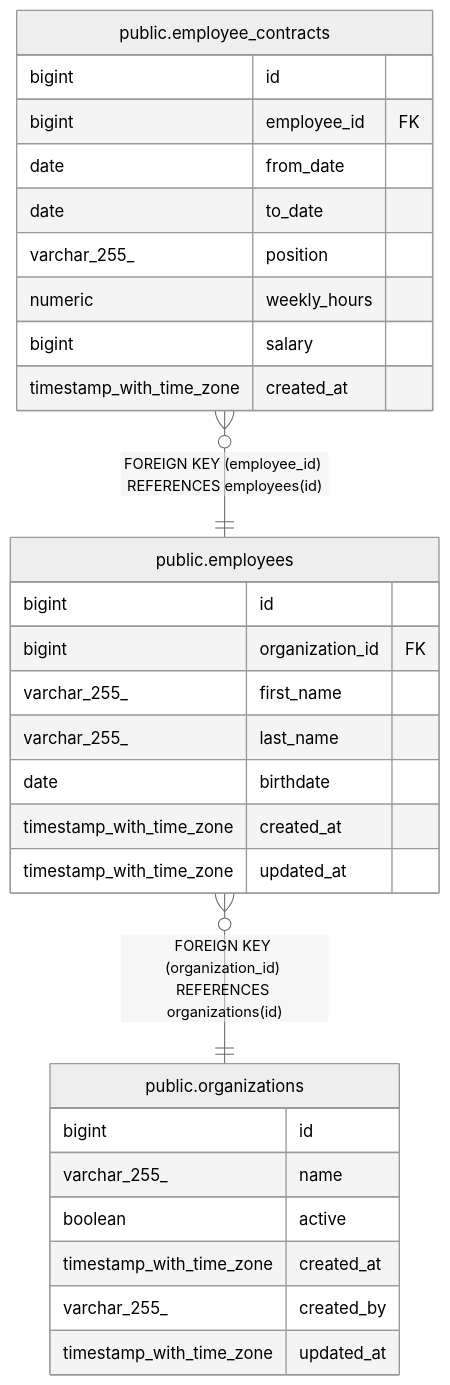
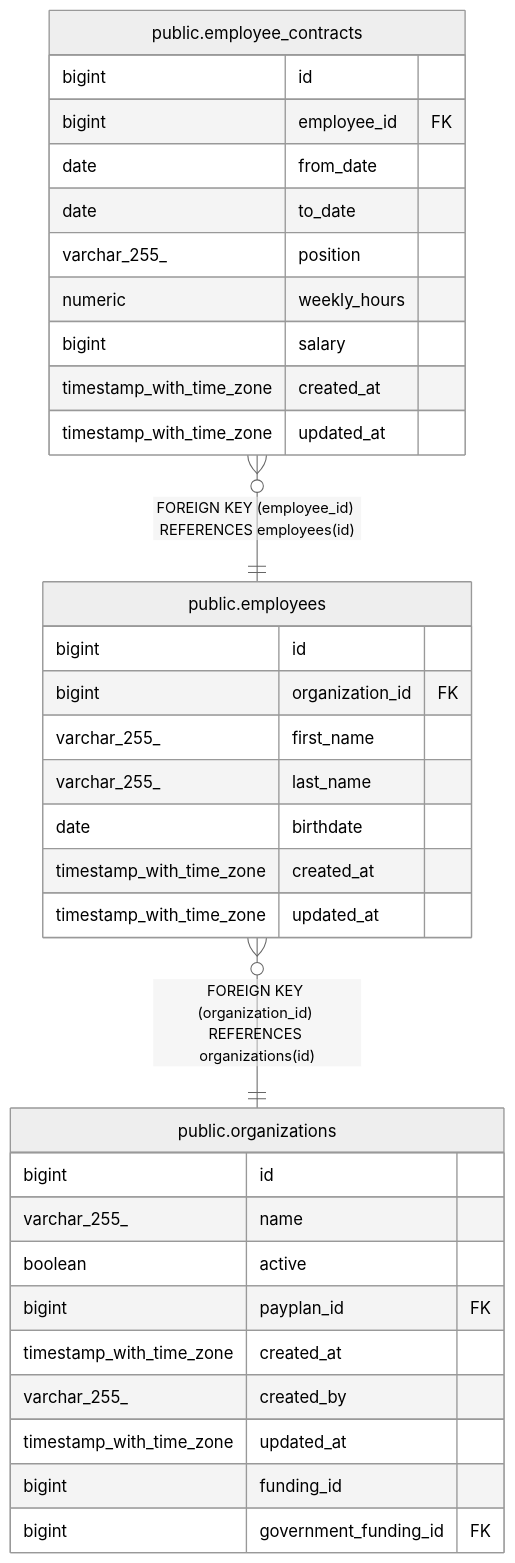
The diagram in docs/schema/public.employee_contracts.md (toabctl/kitamanager-go), drawn with Mermaid (neutral theme) before and after one commit. The commit also changed other lines of this file and 41 other files, not shown here.

````diff
--- a/docs/schema/public.employee_contracts.md
+++ b/docs/schema/public.employee_contracts.md
@@ -37,34 +38,38 @@
 ```mermaid
 erDiagram
 
 "public.employee_contracts" }o--|| "public.employees" : "FOREIGN KEY (employee_id) REFERENCES employees(id)"
 "public.employees" }o--|| "public.organizations" : "FOREIGN KEY (organization_id) REFERENCES organizations(id)"
 
 "public.employee_contracts" {
   bigint id
   bigint employee_id FK
   date from_date
   date to_date
   varchar_255_ position
   numeric weekly_hours
   bigint salary
   timestamp_with_time_zone created_at
+  timestamp_with_time_zone updated_at
 }
 "public.employees" {
   bigint id
   bigint organization_id FK
   varchar_255_ first_name
   varchar_255_ last_name
   date birthdate
   timestamp_with_time_zone created_at
   timestamp_with_time_zone updated_at
 }
 "public.organizations" {
   bigint id
   varchar_255_ name
   boolean active
+  bigint payplan_id FK
   timestamp_with_time_zone created_at
   varchar_255_ created_by
   timestamp_with_time_zone updated_at
+  bigint funding_id
+  bigint government_funding_id FK
 }
 ```
````
